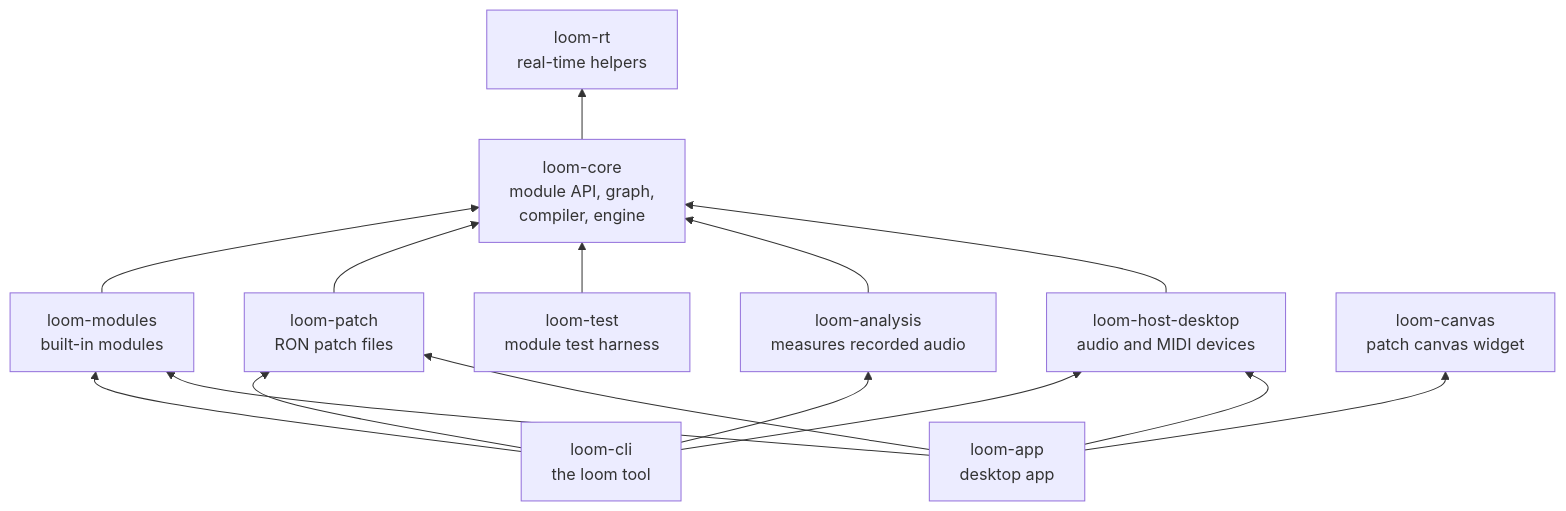
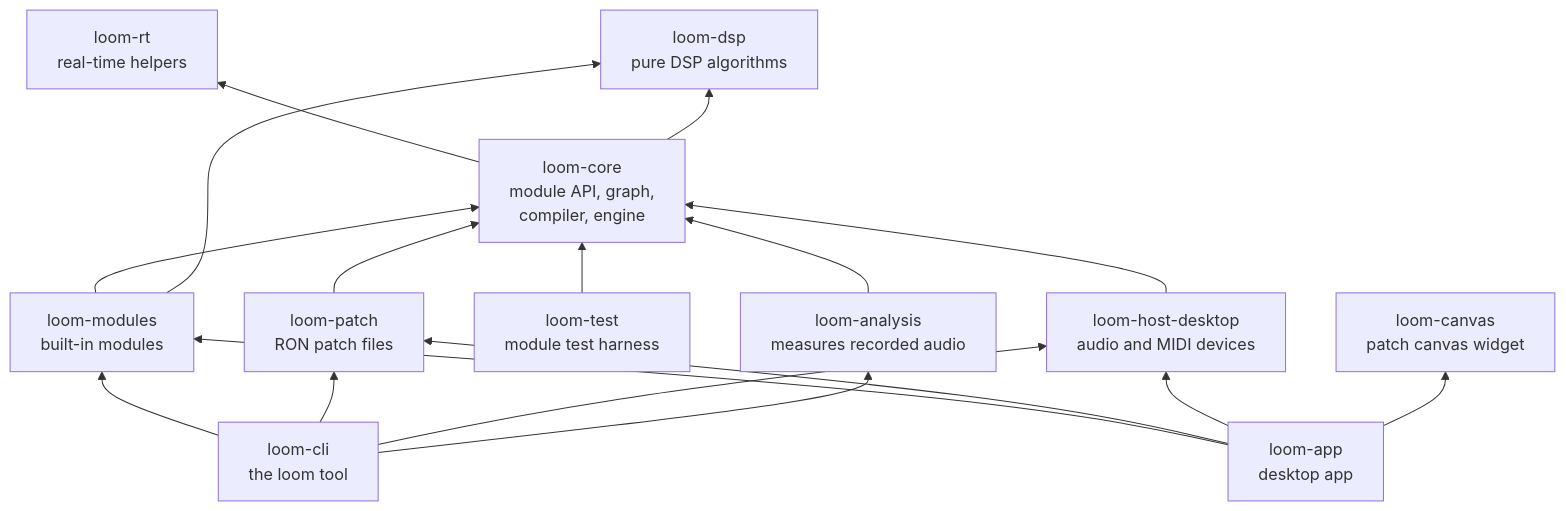
One commit to Aaqibhafeezkhan/LoomDSP changed the first of 2 diagrams in docs/dev/architecture.md. Above: the diagram before and after it, drawn with Mermaid. The commit also changed other lines of this file and 62 other files, not shown here.

First line of the commit message:
Add loom-dsp and move the DSP algorithms into it (ADR-0035) (#542)

````diff
--- a/docs/dev/architecture.md
+++ b/docs/dev/architecture.md
@@ -7,22 +7,23 @@
 ```mermaid
 flowchart BT
     rt[loom-rt<br/>real-time helpers]
+    dsp[loom-dsp<br/>pure DSP algorithms]
     core[loom-core<br/>module API, graph,<br/>compiler, engine]
     modules[loom-modules<br/>built-in modules]
     patch[loom-patch<br/>RON patch files]
     test[loom-test<br/>module test harness]
     analysis[loom-analysis<br/>measures recorded audio]
     host[loom-host-desktop<br/>audio and MIDI devices]
     canvas[loom-canvas<br/>patch canvas widget]
     cli[loom-cli<br/>the loom tool]
     app[loom-app<br/>desktop app]
 
-    core --> rt
-    modules --> core
+    core --> rt & dsp
+    modules --> core & dsp
     patch --> core
     test --> core
     analysis --> core
     host --> core
     cli --> modules & patch & host & analysis
     app --> modules & patch & host & canvas
 ```
````
